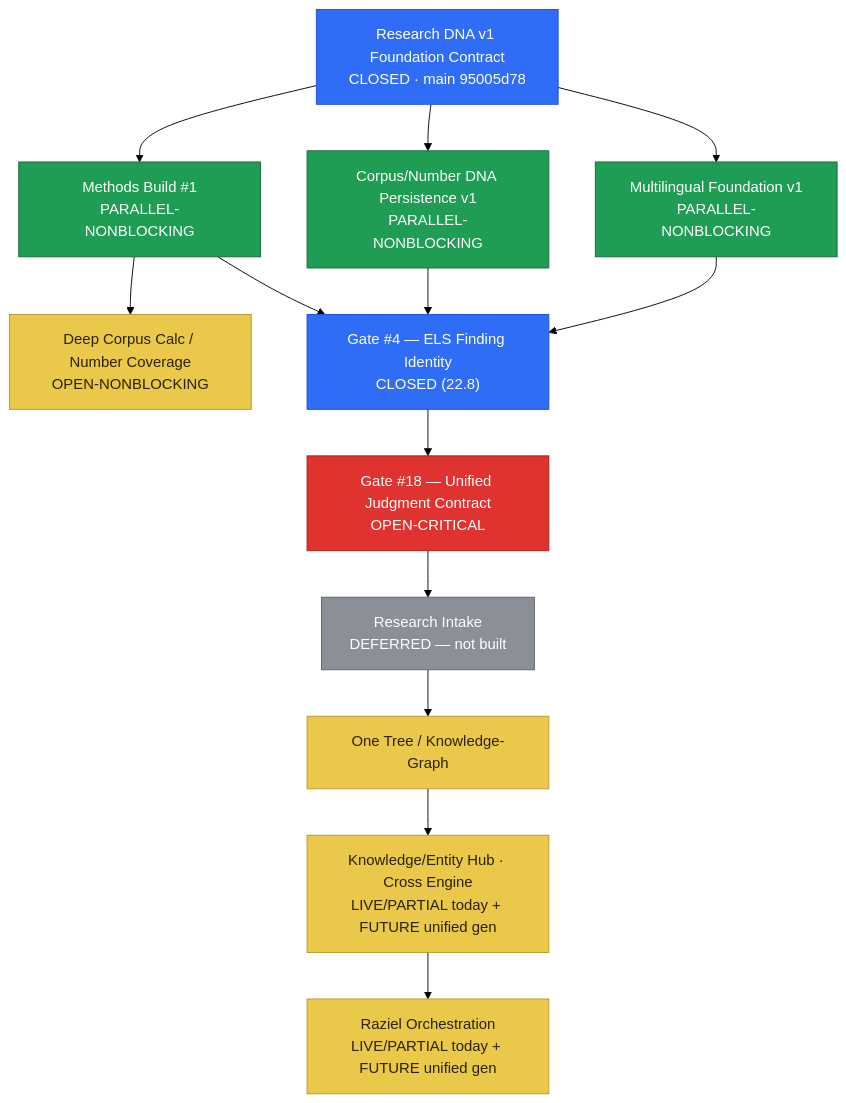
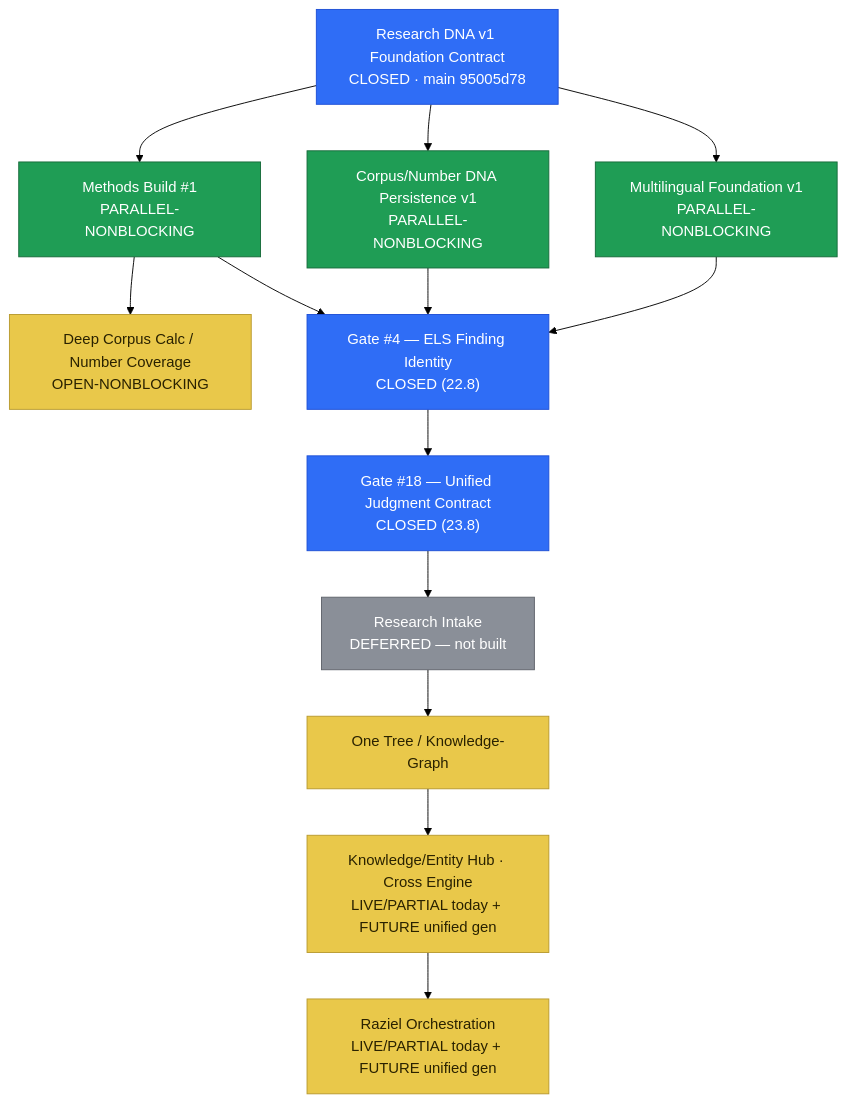
The diagram in SOD1820_MASTER_ROADMAP.md (zuriel337/sod1820), drawn with Mermaid (forest theme) before and after one commit. The commit also changed other lines of this file and 2 other files, not shown here.

````diff
--- a/SOD1820_MASTER_ROADMAP.md
+++ b/SOD1820_MASTER_ROADMAP.md
@@ -280,23 +290,23 @@
 ```mermaid
 flowchart TD
     F["Research DNA v1 Foundation Contract<br/>CLOSED · main 95005d78"]:::closed
     F --> M["Methods Build #1<br/>PARALLEL-NONBLOCKING"]:::parallel
     F --> CP["Corpus/Number DNA Persistence v1<br/>PARALLEL-NONBLOCKING"]:::parallel
     F --> ML["Multilingual Foundation v1<br/>PARALLEL-NONBLOCKING"]:::parallel
     M --> DC["Deep Corpus Calc / Number Coverage<br/>OPEN-NONBLOCKING"]:::open
     G4["Gate #4 — ELS Finding Identity<br/>CLOSED (22.8)"]:::closed
     M --> G4
     CP --> G4
     ML --> G4
-    G4 --> G18["Gate #18 — Unified Judgment Contract<br/>OPEN-CRITICAL"]:::critical
+    G4 --> G18["Gate #18 — Unified Judgment Contract<br/>CLOSED (23.8)"]:::closed
     G18 --> INT["Research Intake<br/>DEFERRED — not built"]:::deferred
     INT --> OT["One Tree / Knowledge-Graph"]:::open
     OT --> KX["Knowledge/Entity Hub · Cross Engine<br/>LIVE/PARTIAL today + FUTURE unified gen"]:::open
     KX --> RZ["Raziel Orchestration<br/>LIVE/PARTIAL today + FUTURE unified gen"]:::open
 
     classDef closed fill:#2f6df6,color:#fff,stroke:#1d4fd6;
     classDef critical fill:#e0322f,color:#fff,stroke:#a3201e;
     classDef parallel fill:#1f9d55,color:#fff,stroke:#166a3a;
     classDef open fill:#e9c84a,color:#2a2200,stroke:#b89a2e;
     classDef deferred fill:#8a8f98,color:#fff,stroke:#5f636b;
 ```
````
